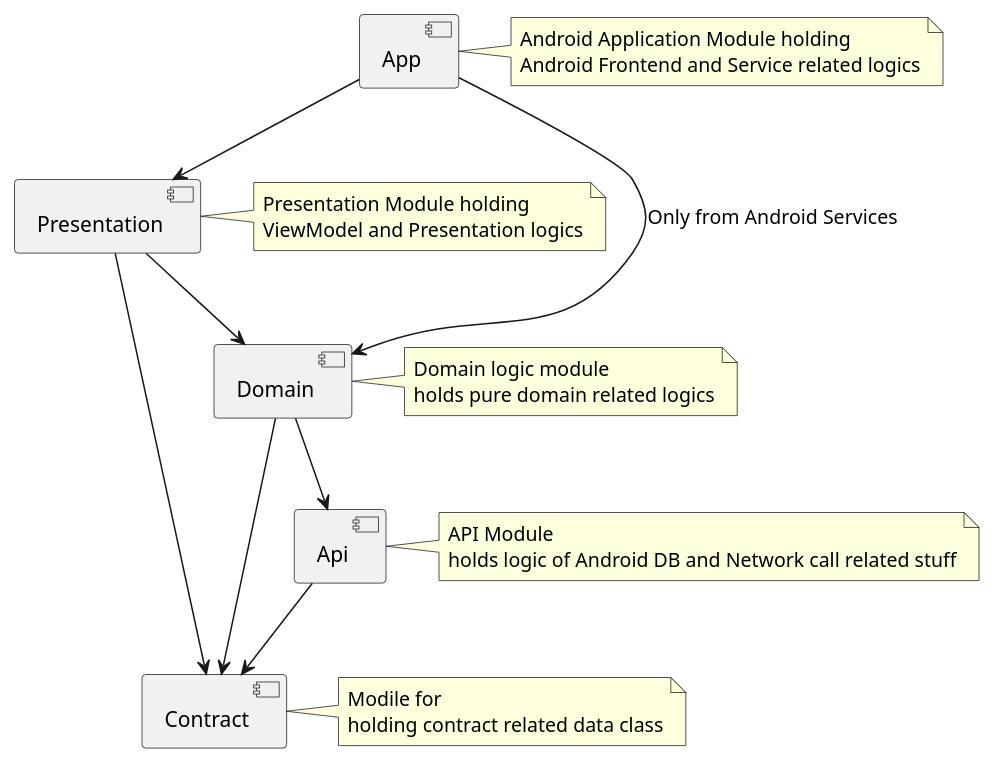
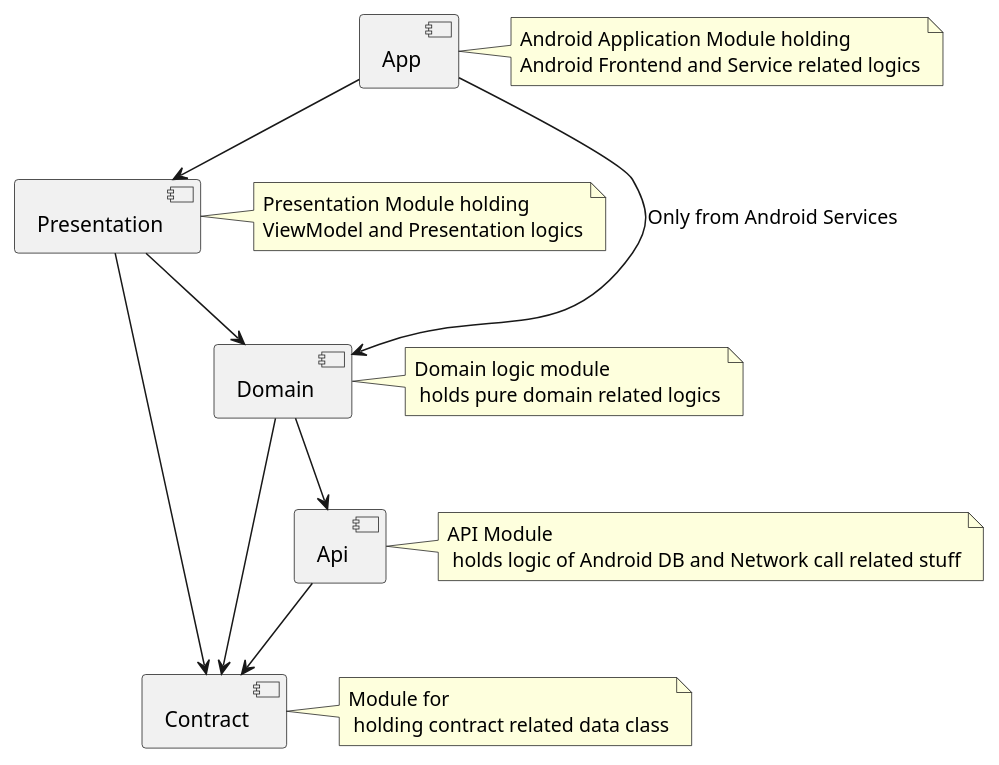
One commit to wealth-wave/Auto-Expense-Tracker changed the diagram in module.puml. Above: the diagram before and after it, drawn with PlantUML. The commit also changed 87 other files, not shown here.

```diff
--- a/module.puml
+++ b/module.puml
@@ -1,26 +1,26 @@
 @startuml
 
 component App
 note right of App : Android Application Module holding\nAndroid Frontend and Service related logics
 
 component Presentation
 note right of Presentation: Presentation Module holding\nViewModel and Presentation logics
 
 component Domain
-note right of Domain: Domain logic module\nholds pure domain related logics
+note right of Domain: Domain logic module\n holds pure domain related logics
 
 component Api
-note right of Api: API Module\nholds logic of Android DB and Network call related stuff
+note right of Api: API Module\n holds logic of Android DB and Network call related stuff
 
 component Contract
-note right of Contract: Modile for\nholding contract related data class
+note right of Contract: Module for\n holding contract related data class
 
 
 App --> Presentation
 Presentation --> Domain
 App --> Domain: Only from Android Services
 Domain --> Api
 Domain --> Contract
 Api --> Contract
 Presentation -> Contract
 @enduml
```
